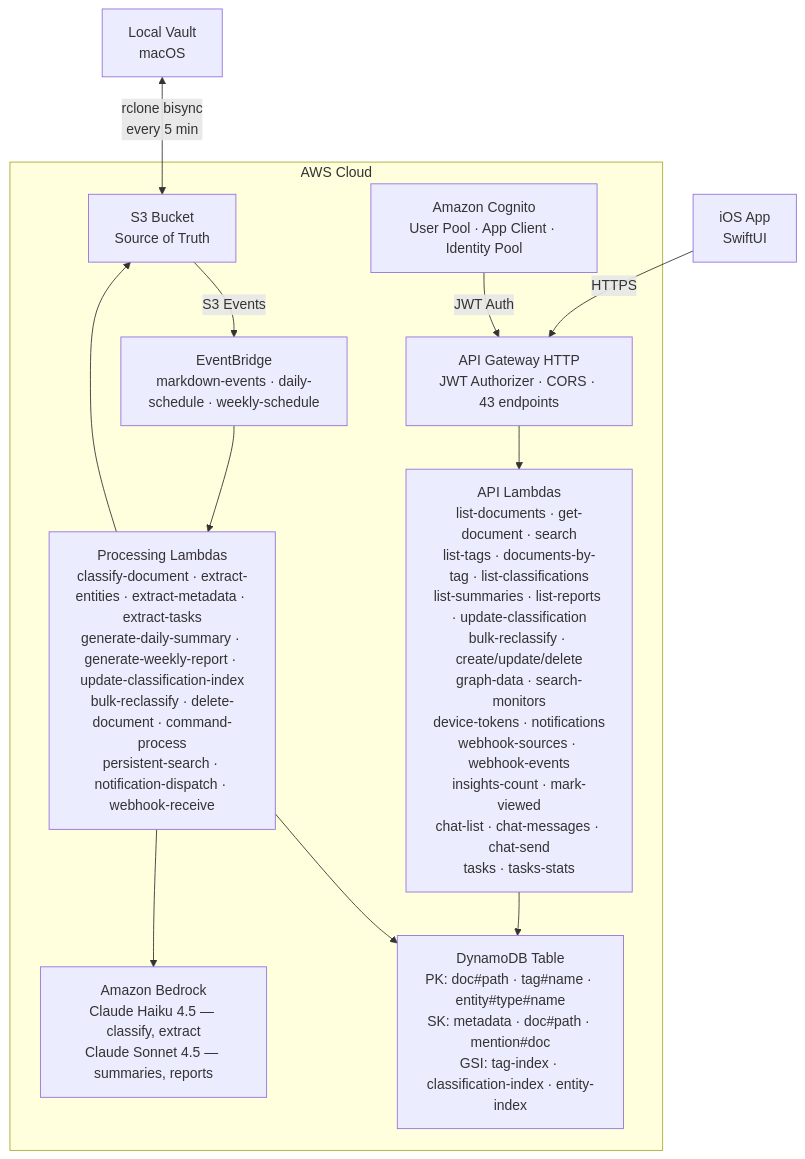
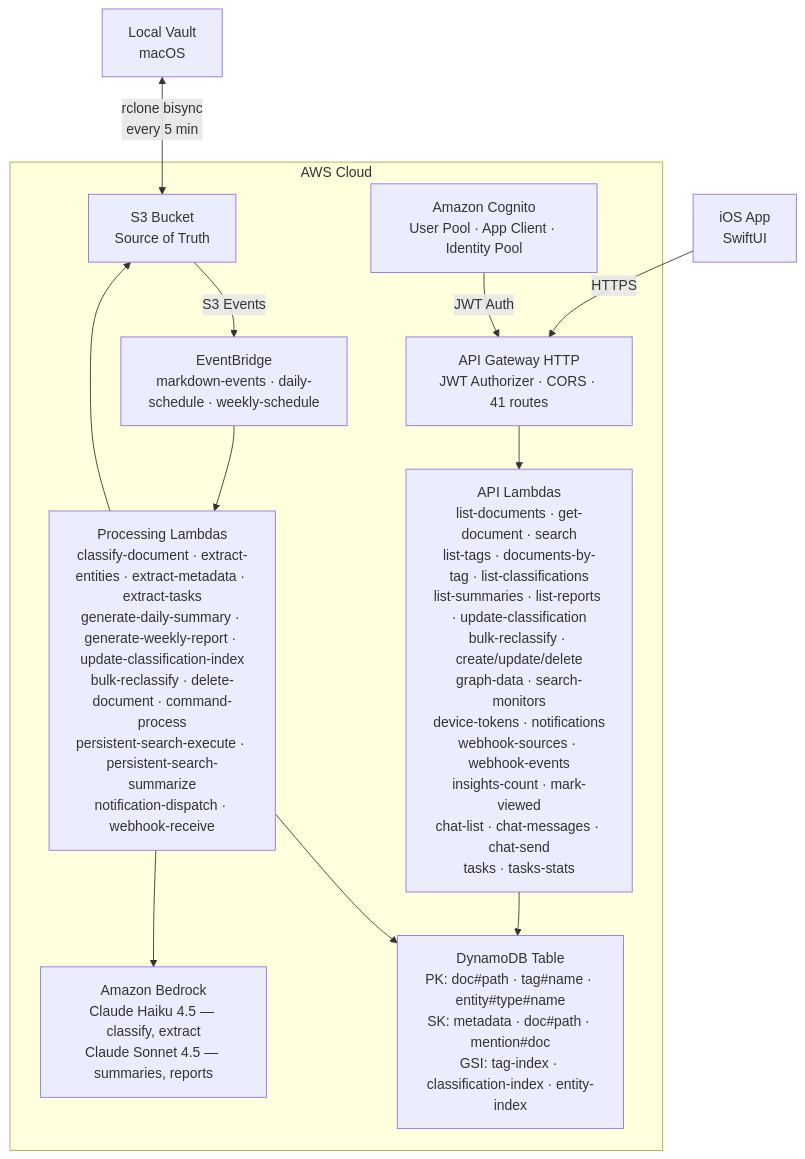
One commit to spaceba-by/pkm changed the diagram in docs/architecture.md. Above: the diagram before and after it, drawn with Mermaid. The commit also changed other lines of this file and 2 other files, not shown here.

Commit message:
docs: address Copilot review feedback
- Clarify CLI utility (index_embeddings) is not a deployed Lambda
- Fix command-process memory from 1024 MB to 512 MB to match Terraform
- Fix API Gateway route count from 43 to 41 to match Terraform
- Expand "persistent-search" to concrete function names in diagram

````diff
--- a/docs/architecture.md
+++ b/docs/architecture.md
@@ -9,23 +9,23 @@
 ```mermaid
 graph TD
     Vault[Local Vault<br/>macOS] <-->|rclone bisync<br/>every 5 min| S3
     iOS[iOS App<br/>SwiftUI] -->|HTTPS| APIGW
 
     subgraph AWS[AWS Cloud]
         S3[S3 Bucket<br/>Source of Truth]
         Cognito[Amazon Cognito<br/>User Pool · App Client · Identity Pool]
 
         S3 -->|S3 Events| EB[EventBridge<br/>markdown-events · daily-schedule · weekly-schedule]
-        Cognito -->|JWT Auth| APIGW[API Gateway HTTP<br/>JWT Authorizer · CORS · 43 endpoints]
+        Cognito -->|JWT Auth| APIGW[API Gateway HTTP<br/>JWT Authorizer · CORS · 41 routes]
 
-        EB --> ProcLambda[Processing Lambdas<br/>classify-document · extract-entities · extract-metadata · extract-tasks<br/>generate-daily-summary · generate-weekly-report · update-classification-index<br/>bulk-reclassify · delete-document · command-process<br/>persistent-search · notification-dispatch · webhook-receive]
+        EB --> ProcLambda[Processing Lambdas<br/>classify-document · extract-entities · extract-metadata · extract-tasks<br/>generate-daily-summary · generate-weekly-report · update-classification-index<br/>bulk-reclassify · delete-document · command-process<br/>persistent-search-execute · persistent-search-summarize<br/>notification-dispatch · webhook-receive]
 
         APIGW --> APILambda[API Lambdas<br/>list-documents · get-document · search<br/>list-tags · documents-by-tag · list-classifications<br/>list-summaries · list-reports · update-classification<br/>bulk-reclassify · create/update/delete<br/>graph-data · search-monitors<br/>device-tokens · notifications<br/>webhook-sources · webhook-events<br/>insights-count · mark-viewed<br/>chat-list · chat-messages · chat-send<br/>tasks · tasks-stats]
 
         ProcLambda --> DynamoDB[DynamoDB Table<br/>PK: doc#path · tag#name · entity#type#name<br/>SK: metadata · doc#path · mention#doc<br/>GSI: tag-index · classification-index · entity-index]
         APILambda --> DynamoDB
         ProcLambda --> S3
 
         ProcLambda --> Bedrock[Amazon Bedrock<br/>Claude Haiku 4.5 — classify, extract<br/>Claude Sonnet 4.5 — summaries, reports]
     end
 ```
````
